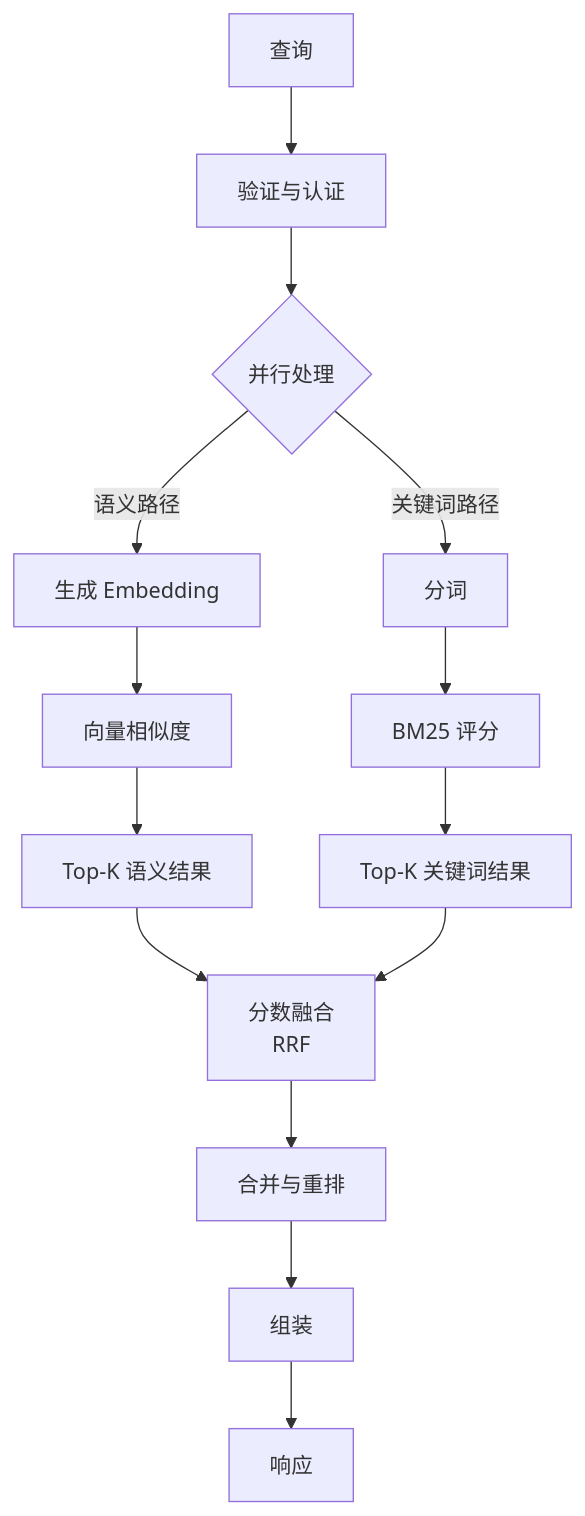
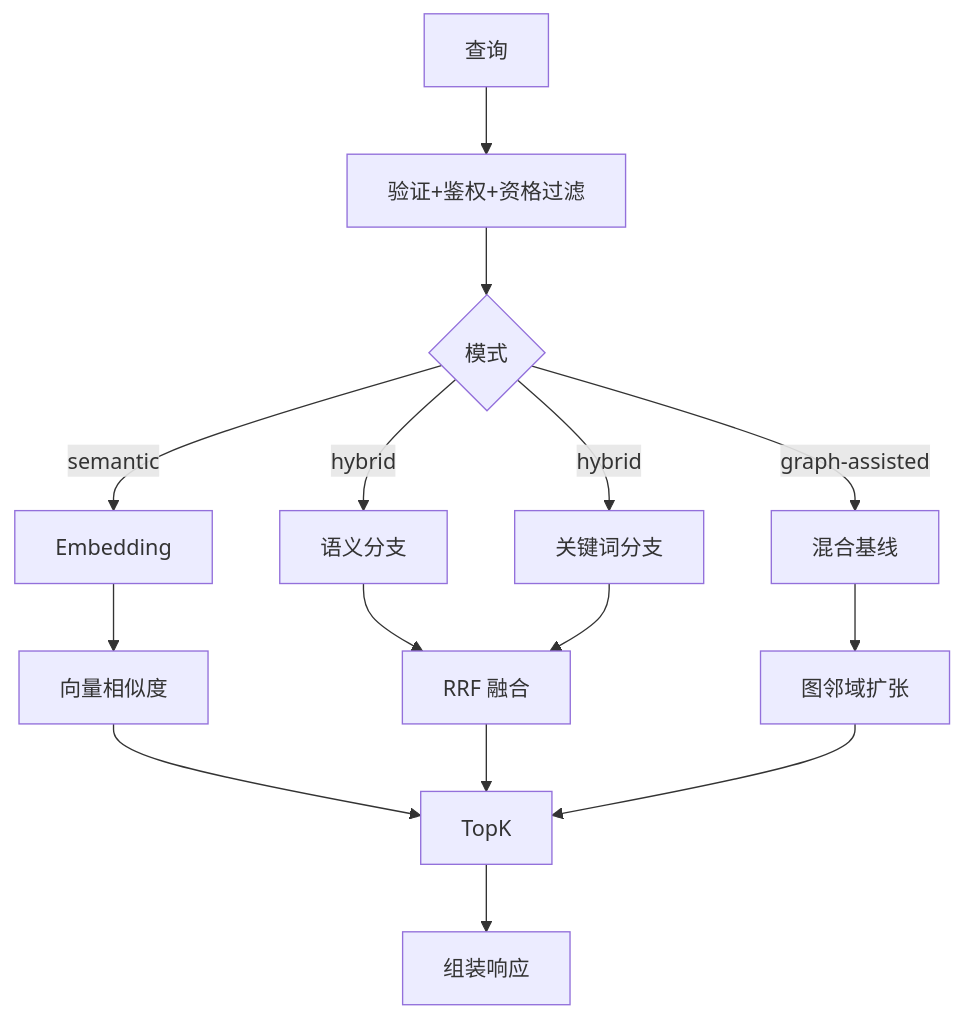
The first of 2 diagrams in docs/architecture/components/RETRIEVAL.md (pofossette/TrapMap-for-vibing), drawn with Mermaid before and after one commit. The commit also changed other lines of this file and 25 other files, not shown here.

````diff
--- a/docs/architecture/components/RETRIEVAL.md
+++ b/docs/architecture/components/RETRIEVAL.md
@@ -52,19 +38,11 @@
 ```mermaid
 flowchart TB
-    A[查询] --> B[验证与认证]
-    B --> C{并行处理}
-
-    C -->|语义路径| D1[生成 Embedding]
-    D1 --> D2[向量相似度]
-    D2 --> D3[Top-K 语义结果]
-
-    C -->|关键词路径| E1[分词]
-    E1 --> E2[BM25 评分]
-    E2 --> E3[Top-K 关键词结果]
-
-    D3 --> F["分数融合\nRRF"]
-    E3 --> F
-    F --> G[合并与重排]
-    G --> H[组装]
-    H --> I[响应]
+    A[查询] --> B[验证+鉴权+资格过滤]
+    B --> C{模式}
+    C -->|semantic| D1[Embedding] --> D2[向量相似度]
+    C -->|hybrid| E1[语义分支] & E2[关键词分支] --> E3[RRF 融合]
+    C -->|graph-assisted| F[混合基线] --> G[图邻域扩张]
+    D2 --> H[TopK]
+    E3 --> H
+    G --> H --> I[组装响应]
 ```
````
